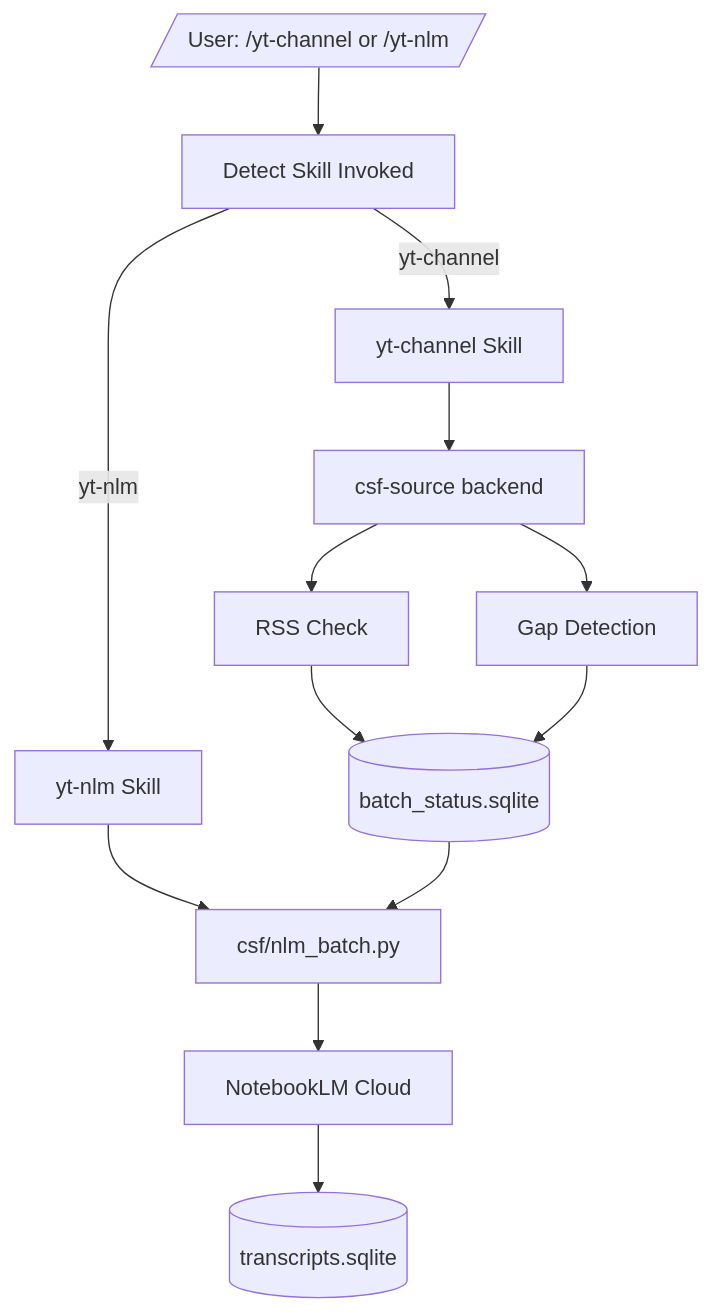
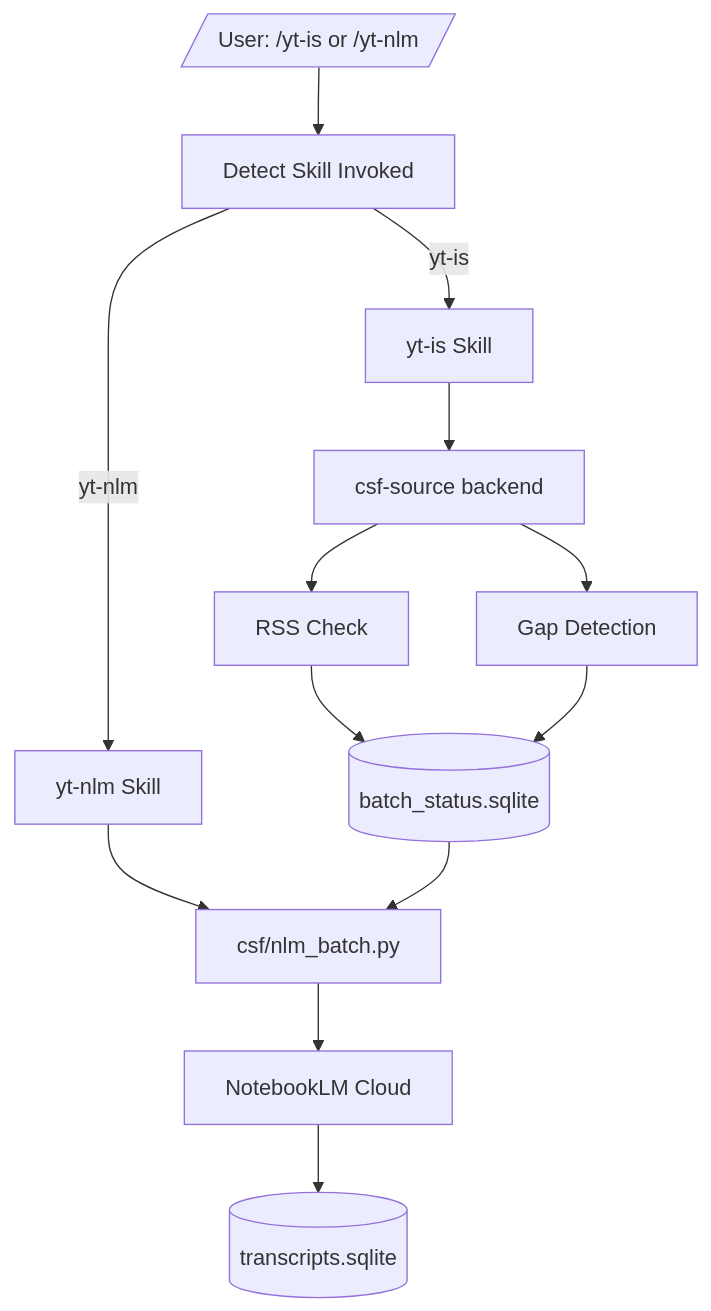
One commit to EndUser123/intelligence-stream changed the diagram in README.md. Above: the diagram before and after it, drawn with Mermaid. The commit also changed other lines of this file and 22 other files, not shown here.

````diff
--- a/README.md
+++ b/README.md
@@ -205,15 +205,15 @@
 ```mermaid
 graph TB
-    User[/"User: /yt-channel or /yt-nlm"/] --> Detect[Detect Skill Invoked]
-    Detect -->|yt-channel| ChannelSkill[yt-channel Skill]
+    User[/"User: /yt-is or /yt-nlm"/] --> Detect[Detect Skill Invoked]
+    Detect -->|yt-is| ChannelSkill[yt-is Skill]
     Detect -->|yt-nlm| NLMSkill[yt-nlm Skill]
     ChannelSkill --> CSFSource[csf-source backend]
     NLMSkill --> NLMBatch[csf/nlm_batch.py]
     CSFSource --> RSS[RSS Check]
     CSFSource --> Gap[Gap Detection]
     RSS --> DB[(batch_status.sqlite)]
     Gap --> DB
     NLMBatch --> NLM[NotebookLM Cloud]
     NLM --> Cache[(transcripts.sqlite)]
     DB --> NLMBatch
 ```
````
